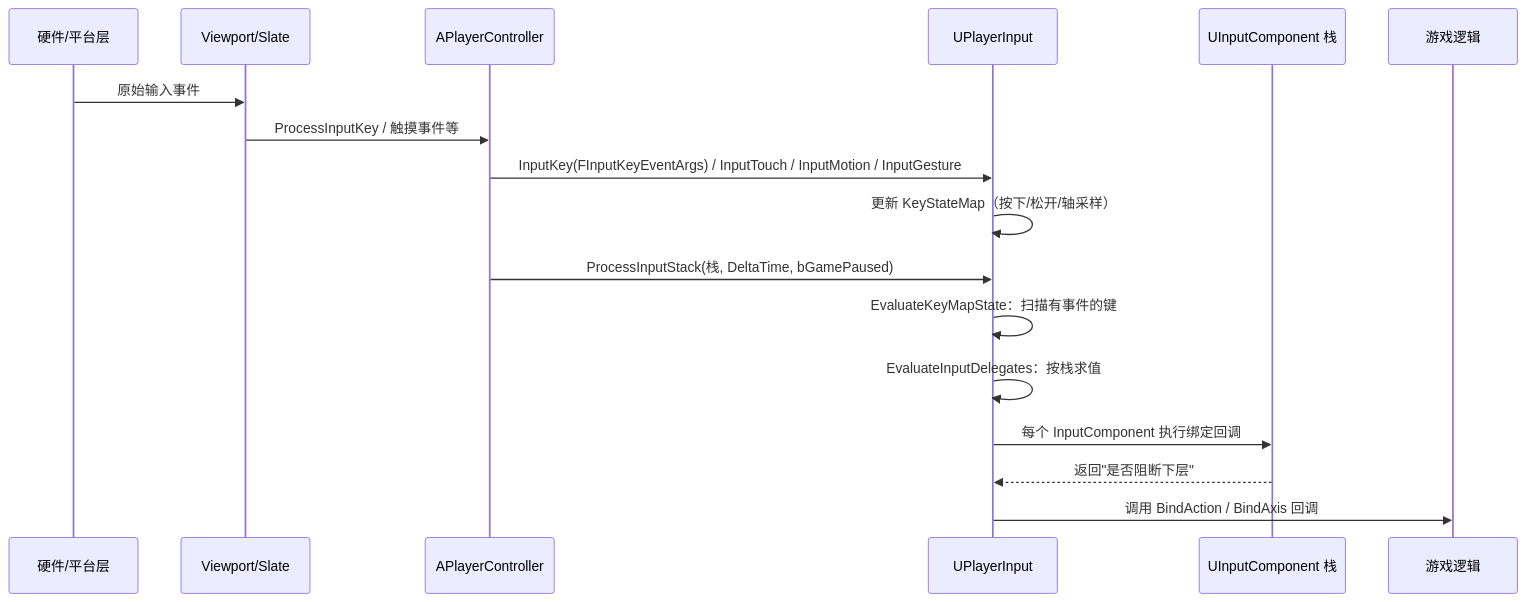
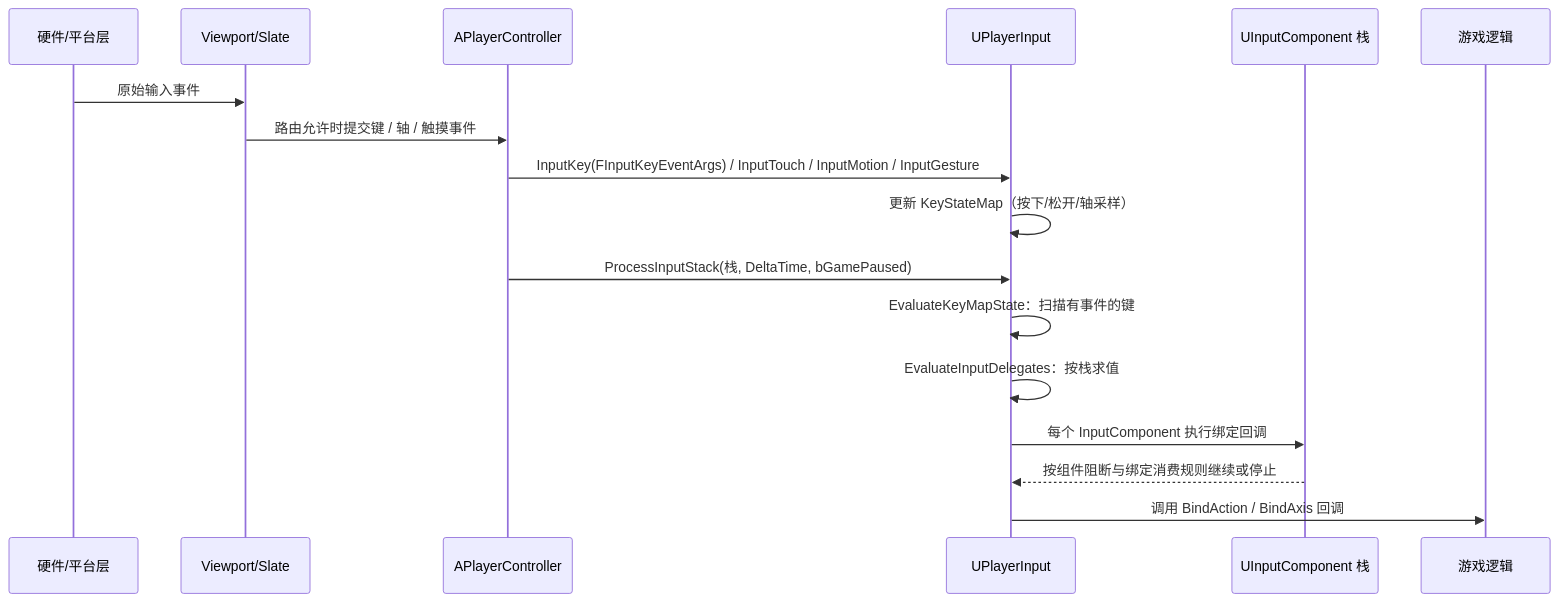
Before and after one commit to fantuan812/learning: the third of 5 diagrams in 知识/05-Gameplay与交互系统/输入移动与交互/10-输入设备抽象与手柄触控.md, drawn with Mermaid. The commit also changed other lines of this file and 1 other file, not shown here.

````diff
--- a/知识/05-Gameplay与交互系统/输入移动与交互/10-输入设备抽象与手柄触控.md
+++ b/知识/05-Gameplay与交互系统/输入移动与交互/10-输入设备抽象与手柄触控.md
@@ -115,20 +126,20 @@
 ```mermaid
 sequenceDiagram
     participant H as 硬件/平台层
     participant V as Viewport/Slate
     participant PC as APlayerController
     participant PI as UPlayerInput
     participant IC as UInputComponent 栈
     participant G as 游戏逻辑
 
     H->>V: 原始输入事件
-    V->>PC: ProcessInputKey / 触摸事件等
+    V->>PC: 路由允许时提交键 / 轴 / 触摸事件
     PC->>PI: InputKey(FInputKeyEventArgs) / InputTouch / InputMotion / InputGesture
     PI->>PI: 更新 KeyStateMap（按下/松开/轴采样）
     PC->>PI: ProcessInputStack(栈, DeltaTime, bGamePaused)
     PI->>PI: EvaluateKeyMapState：扫描有事件的键
     PI->>PI: EvaluateInputDelegates：按栈求值
     PI->>IC: 每个 InputComponent 执行绑定回调
-    IC-->>PI: 返回"是否阻断下层"
+    IC-->>PI: 按组件阻断与绑定消费规则继续或停止
     PI->>G: 调用 BindAction / BindAxis 回调
 ```
````
